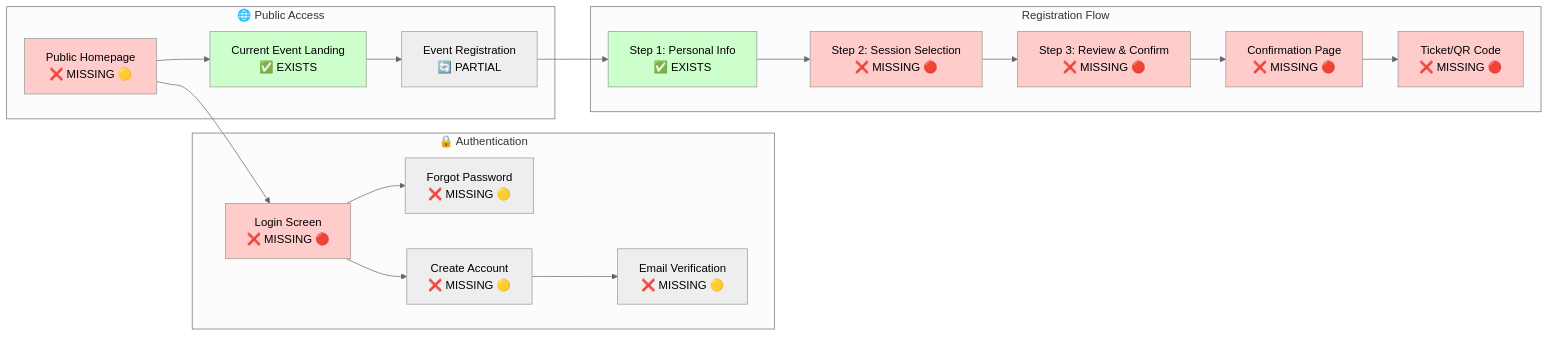
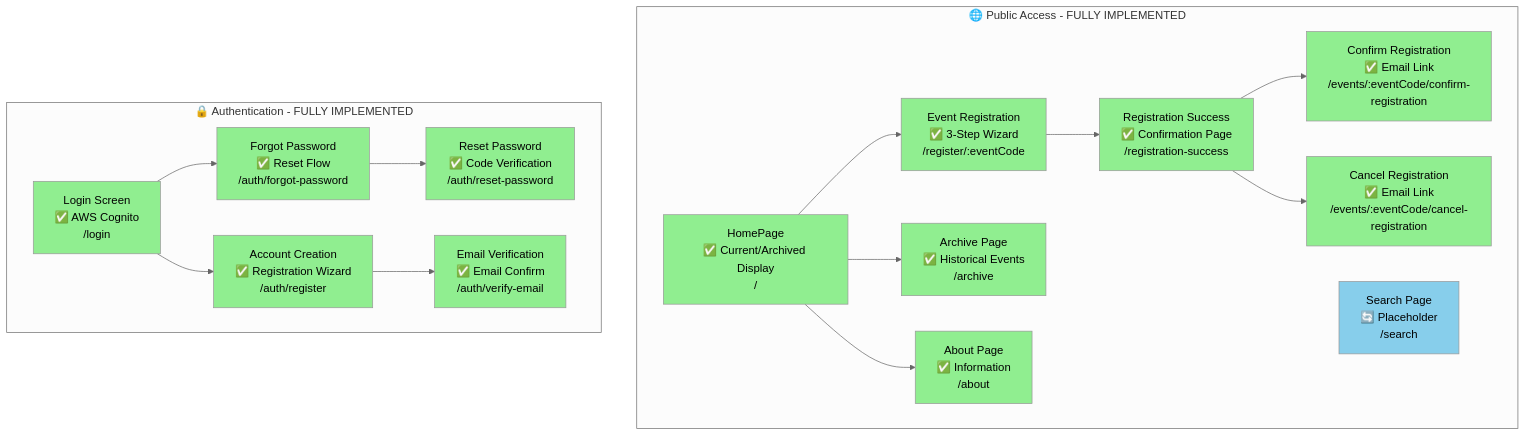
Before and after one commit to nissimbuchs/BATbern2: the second of 28 diagrams in docs/wireframes/sitemap-mermaid.md, drawn with Mermaid (neutral theme). The commit also changed other lines of this file and 1008 other files, not shown here.

````diff
--- a/docs/wireframes/sitemap-mermaid.md
+++ b/docs/wireframes/sitemap-mermaid.md
@@ -54,46 +56,47 @@
 ```mermaid
-graph LR
-    subgraph "🌐 Public Access"
-        Homepage[Public Homepage<br/>❌ MISSING 🟡]
-        EventLanding[Current Event Landing<br/>✅ EXISTS]
-        Registration[Event Registration<br/>🔄 PARTIAL]
+graph TB
+    subgraph "🌐 Public Access - FULLY IMPLEMENTED"
+        Homepage[HomePage<br/>✅ Current/Archived Display<br/>/]
+        Registration[Event Registration<br/>✅ 3-Step Wizard<br/>/register/:eventCode]
+        RegSuccess[Registration Success<br/>✅ Confirmation Page<br/>/registration-success]
+        ConfirmReg[Confirm Registration<br/>✅ Email Link<br/>/events/:eventCode/confirm-registration]
+        CancelReg[Cancel Registration<br/>✅ Email Link<br/>/events/:eventCode/cancel-registration]
+        Archive[Archive Page<br/>✅ Historical Events<br/>/archive]
+        About[About Page<br/>✅ Information<br/>/about]
+        Search[Search Page<br/>🔄 Placeholder<br/>/search]
     end
 
-    subgraph "🔒 Authentication"
-        Login[Login Screen<br/>❌ MISSING 🔴]
-        Forgot[Forgot Password<br/>❌ MISSING 🟡]
-        CreateAcct[Create Account<br/>❌ MISSING 🟡]
-        Verify[Email Verification<br/>❌ MISSING 🟡]
+    subgraph "🔒 Authentication - FULLY IMPLEMENTED"
+        Login[Login Screen<br/>✅ AWS Cognito<br/>/login]
+        Forgot[Forgot Password<br/>✅ Reset Flow<br/>/auth/forgot-password]
+        ResetPwd[Reset Password<br/>✅ Code Verification<br/>/auth/reset-password]
+        CreateAcct[Account Creation<br/>✅ Registration Wizard<br/>/auth/register]
+        Verify[Email Verification<br/>✅ Email Confirm<br/>/auth/verify-email]
     end
 
-    subgraph "Registration Flow"
-        RegStep1[Step 1: Personal Info<br/>✅ EXISTS]
-        RegStep2[Step 2: Session Selection<br/>❌ MISSING 🔴]
-        RegStep3[Step 3: Review & Confirm<br/>❌ MISSING 🔴]
-        Confirmation[Confirmation Page<br/>❌ MISSING 🔴]
-        Ticket[Ticket/QR Code<br/>❌ MISSING 🔴]
-    end
-
-    Homepage --> EventLanding
-    Homepage --> Login
-    EventLanding --> Registration
+    Homepage --> Registration
+    Homepage --> Archive
+    Homepage --> About
+    Registration --> RegSuccess
+    RegSuccess --> ConfirmReg
+    RegSuccess --> CancelReg
 
     Login --> Forgot
+    Forgot --> ResetPwd
     Login --> CreateAcct
     CreateAcct --> Verify
 
-    Registration --> RegStep1
-    RegStep1 --> RegStep2
-    RegStep2 --> RegStep3
-    RegStep3 --> Confirmation
-    Confirmation --> Ticket
-
-    style Homepage fill:#ffcccc
-    style EventLanding fill:#ccffcc
-    style Login fill:#ffcccc
-    style RegStep1 fill:#ccffcc
-    style RegStep2 fill:#ffcccc
-    style RegStep3 fill:#ffcccc
-    style Confirmation fill:#ffcccc
-    style Ticket fill:#ffcccc
+    style Homepage fill:#90EE90
+    style Registration fill:#90EE90
+    style RegSuccess fill:#90EE90
+    style ConfirmReg fill:#90EE90
+    style CancelReg fill:#90EE90
+    style Archive fill:#90EE90
+    style About fill:#90EE90
+    style Search fill:#87CEEB
+    style Login fill:#90EE90
+    style Forgot fill:#90EE90
+    style ResetPwd fill:#90EE90
+    style CreateAcct fill:#90EE90
+    style Verify fill:#90EE90
 ```
````
